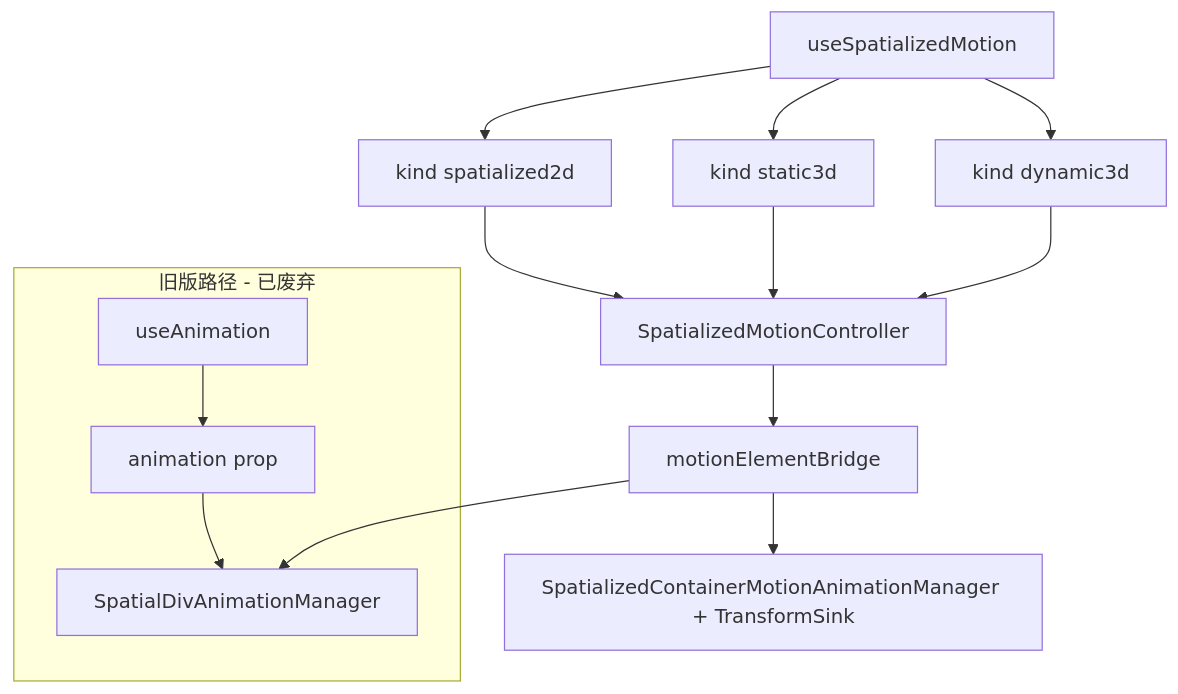
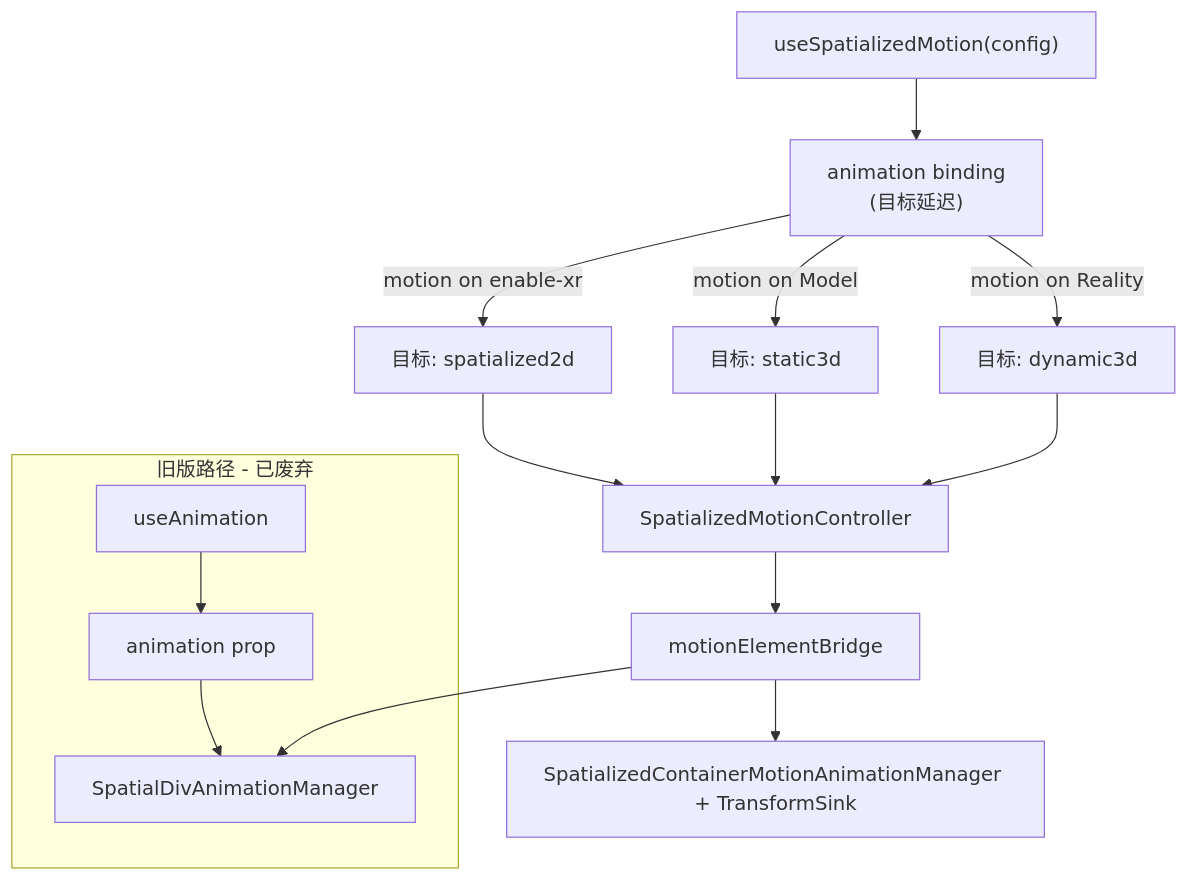
One commit to webspatial/webspatial-sdk changed the diagram in openspec/changes/spatialized-element-motion-api/design.zh.md. Above: the diagram before and after it, drawn with Mermaid. The commit also changed other lines of this file and 18 other files, not shown here.

````diff
--- a/openspec/changes/spatialized-element-motion-api/design.zh.md
+++ b/openspec/changes/spatialized-element-motion-api/design.zh.md
@@ -42,18 +42,18 @@
 ```mermaid
 flowchart TB
-  Hook[useSpatializedMotion]
-  Hook --> K2D[kind spatialized2d]
-  Hook --> K3D[kind static3d]
-  Hook --> KD3[kind dynamic3d]
-  K2D --> Core[SpatializedMotionController]
-  K3D --> Core
-  KD3 --> Core
+  Hook["useSpatializedMotion(config)"] --> Binding["animation binding\n(目标延迟)"]
+  Binding --> |"motion on enable-xr"| Resolve2D["目标: spatialized2d"]
+  Binding --> |"motion on Model"| Resolve3D["目标: static3d"]
+  Binding --> |"motion on Reality"| ResolveD3["目标: dynamic3d"]
+  Resolve2D --> Core[SpatializedMotionController]
+  Resolve3D --> Core
+  ResolveD3 --> Core
   Core --> Bridge[motionElementBridge]
   Bridge --> N2D[SpatialDivAnimationManager]
   Bridge --> N3D[SpatializedContainerMotionAnimationManager + TransformSink]
   
   subgraph Legacy[旧版路径 - 已废弃]
     LegacyHook[useAnimation] --> LegacyBinding[animation prop]
     LegacyBinding --> N2D
   end
 ```
````
